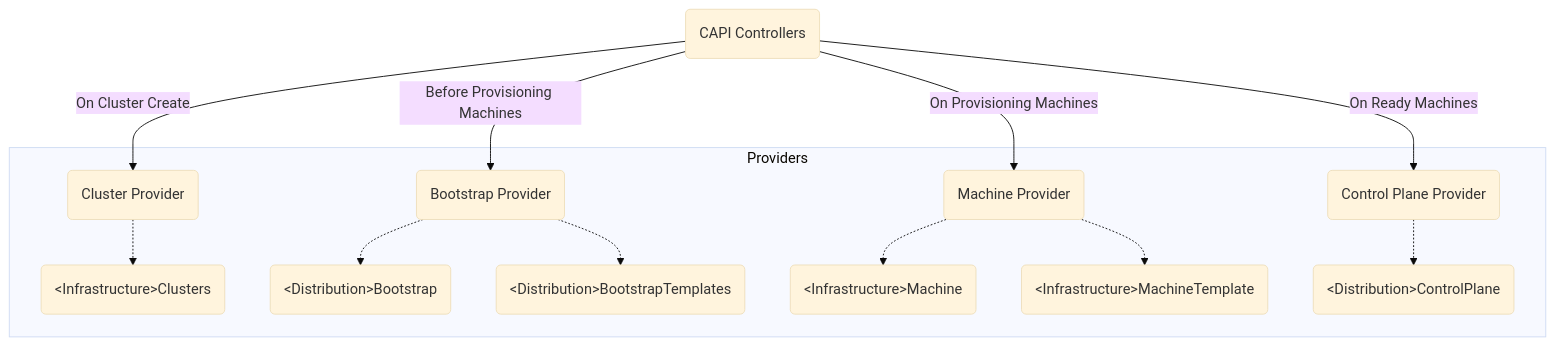
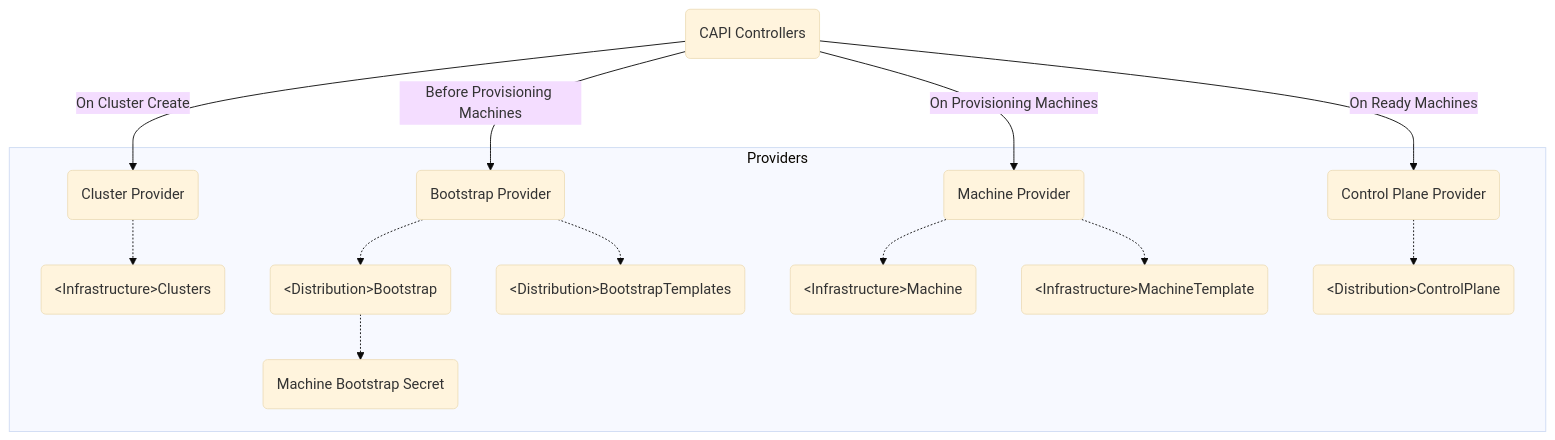
One commit to aiyengar2/k8s-docs changed the second of 2 diagrams in docs/provisioning/00_capi.md. Above: the diagram before and after it, drawn with Mermaid (base theme).

````diff
--- a/docs/provisioning/00_capi.md
+++ b/docs/provisioning/00_capi.md
@@ -77,29 +77,32 @@
 ```mermaid
 graph TD
     CAPIControllers("CAPI Controllers")
     subgraph Providers
     ClusterProvider("Cluster Provider")
     BootstrapProvider("Bootstrap Provider")
     MachineProvider("Machine Provider")
     ControlPlaneProvider("Control Plane Provider")
 
     InfrastructureCluster("&ltInfrastructure&gtClusters")
     DistributionBootstrap("&ltDistribution&gtBootstrap")
     DistributionBootstrapTemplate("&ltDistribution&gtBootstrapTemplates")
     InfrastructureMachine("&ltInfrastructure&gtMachine")
     InfrastructureMachineTemplate("&ltInfrastructure&gtMachineTemplate")
     DistributionControlPlane("&ltDistribution&gtControlPlane")
+
+    MachineBootstrapSecret("Machine Bootstrap Secret")
     end
 
     CAPIControllers--On Cluster Create-->ClusterProvider
     CAPIControllers--Before Provisioning Machines-->BootstrapProvider
     CAPIControllers--On Provisioning Machines-->MachineProvider
     CAPIControllers--On Ready Machines-->ControlPlaneProvider
     
     ClusterProvider-.->InfrastructureCluster
     BootstrapProvider-.->DistributionBootstrap
     BootstrapProvider-.->DistributionBootstrapTemplate
+    DistributionBootstrap-.->MachineBootstrapSecret
     MachineProvider-.->InfrastructureMachine
     MachineProvider-.->InfrastructureMachineTemplate
     ControlPlaneProvider-.->DistributionControlPlane
 ```
````
